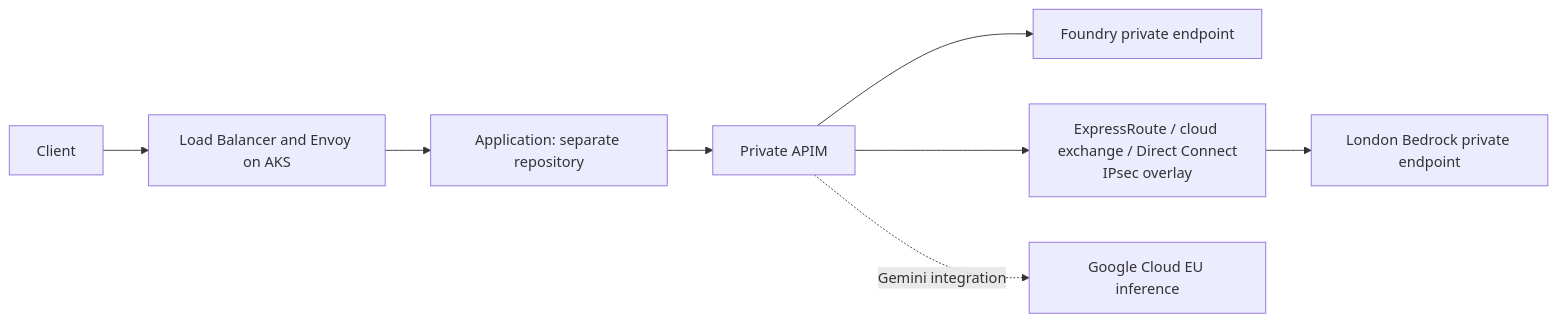
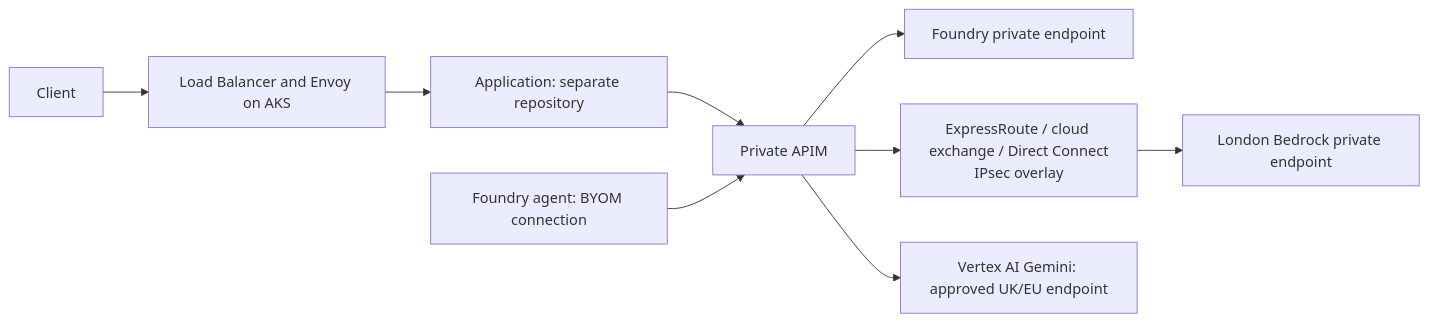
Before and after one commit to ai-platform-portfolio/model-gateway: the diagram in docs/adr/0001-model-gateway-architecture.md, drawn with Mermaid. The commit also changed other lines of this file, not shown here.

Commit message:
docs(adr): select Vertex AI Gemini backend and federation (AI-34)

````diff
--- a/docs/adr/0001-model-gateway-architecture.md
+++ b/docs/adr/0001-model-gateway-architecture.md
@@ -43,10 +44,11 @@
 ```mermaid
 flowchart LR
     Client[Client] --> Envoy[Load Balancer and Envoy on AKS]
     Envoy --> App[Application: separate repository]
     App --> APIM[Private APIM]
     APIM --> Foundry[Foundry private endpoint]
     APIM --> Link[ExpressRoute / cloud exchange / Direct Connect\nIPsec overlay]
     Link --> Bedrock[London Bedrock private endpoint]
-    APIM -. Gemini integration .-> Google[Google Cloud EU inference]
+    FoundryAgent[Foundry agent: BYOM connection] --> APIM
+    APIM --> Google[Vertex AI Gemini: approved UK/EU endpoint]
 ```
````
